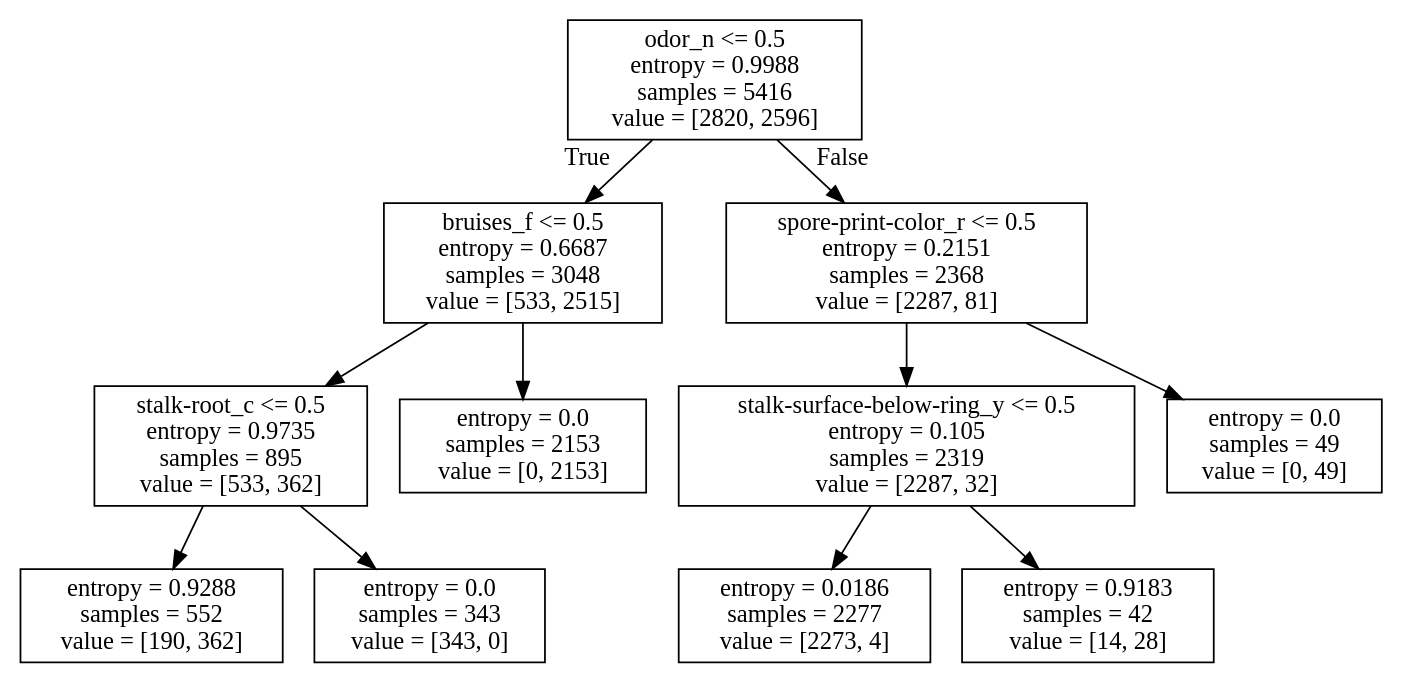
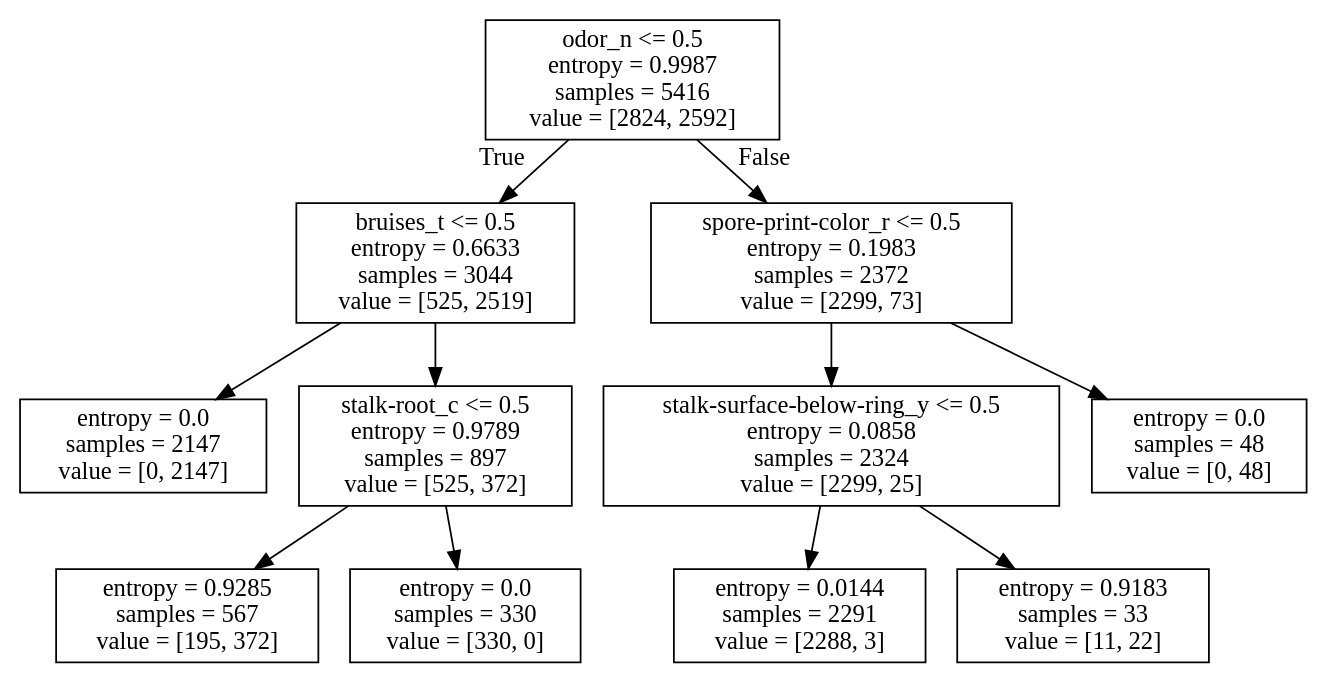
One commit to taekim97/Poisonous-Mushrooms changed the diagram in assets/dt.dot. Above: the diagram before and after it, drawn with Graphviz. The commit also changed 4 other files, not shown here.

```diff
--- a/assets/dt.dot
+++ b/assets/dt.dot
@@ -1,24 +1,24 @@
 digraph Tree {
 node [shape=box] ;
-0 [label="odor_n <= 0.5\nentropy = 0.9988\nsamples = 5416\nvalue = [2820, 2596]"] ;
-1 [label="bruises_f <= 0.5\nentropy = 0.6687\nsamples = 3048\nvalue = [533, 2515]"] ;
+0 [label="odor_n <= 0.5\nentropy = 0.9987\nsamples = 5416\nvalue = [2824, 2592]"] ;
+1 [label="bruises_t <= 0.5\nentropy = 0.6633\nsamples = 3044\nvalue = [525, 2519]"] ;
 0 -> 1 [labeldistance=2.5, labelangle=45, headlabel="True"] ;
-2 [label="stalk-root_c <= 0.5\nentropy = 0.9735\nsamples = 895\nvalue = [533, 362]"] ;
+2 [label="entropy = 0.0\nsamples = 2147\nvalue = [0, 2147]"] ;
 1 -> 2 ;
-3 [label="entropy = 0.9288\nsamples = 552\nvalue = [190, 362]"] ;
-2 -> 3 ;
-4 [label="entropy = 0.0\nsamples = 343\nvalue = [343, 0]"] ;
-2 -> 4 ;
-5 [label="entropy = 0.0\nsamples = 2153\nvalue = [0, 2153]"] ;
-1 -> 5 ;
-6 [label="spore-print-color_r <= 0.5\nentropy = 0.2151\nsamples = 2368\nvalue = [2287, 81]"] ;
+3 [label="stalk-root_c <= 0.5\nentropy = 0.9789\nsamples = 897\nvalue = [525, 372]"] ;
+1 -> 3 ;
+4 [label="entropy = 0.9285\nsamples = 567\nvalue = [195, 372]"] ;
+3 -> 4 ;
+5 [label="entropy = 0.0\nsamples = 330\nvalue = [330, 0]"] ;
+3 -> 5 ;
+6 [label="spore-print-color_r <= 0.5\nentropy = 0.1983\nsamples = 2372\nvalue = [2299, 73]"] ;
 0 -> 6 [labeldistance=2.5, labelangle=-45, headlabel="False"] ;
-7 [label="stalk-surface-below-ring_y <= 0.5\nentropy = 0.105\nsamples = 2319\nvalue = [2287, 32]"] ;
+7 [label="stalk-surface-below-ring_y <= 0.5\nentropy = 0.0858\nsamples = 2324\nvalue = [2299, 25]"] ;
 6 -> 7 ;
-8 [label="entropy = 0.0186\nsamples = 2277\nvalue = [2273, 4]"] ;
+8 [label="entropy = 0.0144\nsamples = 2291\nvalue = [2288, 3]"] ;
 7 -> 8 ;
-9 [label="entropy = 0.9183\nsamples = 42\nvalue = [14, 28]"] ;
+9 [label="entropy = 0.9183\nsamples = 33\nvalue = [11, 22]"] ;
 7 -> 9 ;
-10 [label="entropy = 0.0\nsamples = 49\nvalue = [0, 49]"] ;
+10 [label="entropy = 0.0\nsamples = 48\nvalue = [0, 48]"] ;
 6 -> 10 ;
 }
```
